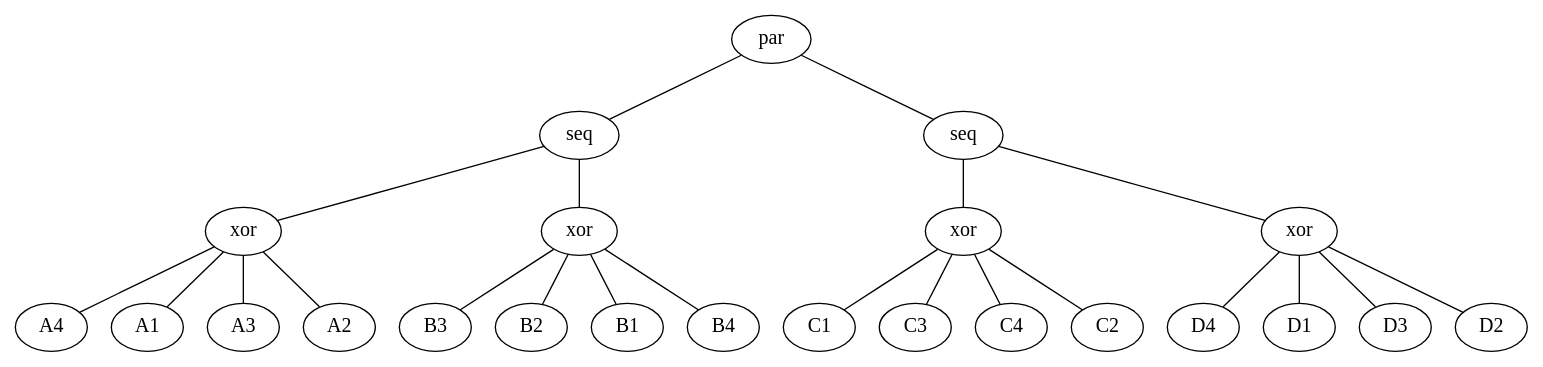
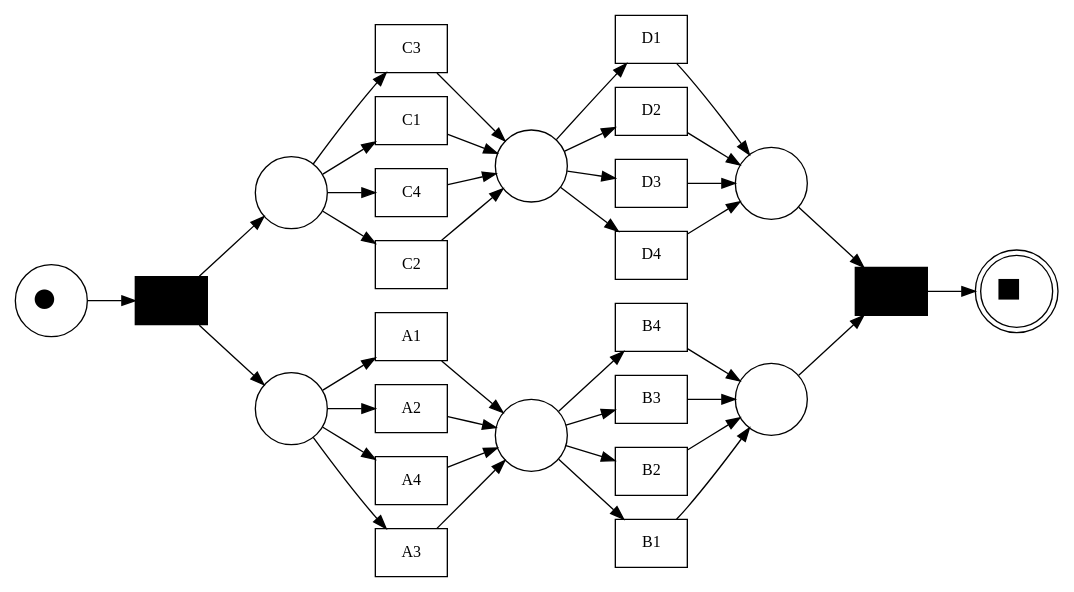
One commit to tomyaacov/process_mining changed the diagram in AD14_models/AD14_model_letter_converted.dot. Above: the diagram before and after it, drawn with Graphviz. The commit also changed 3 other files, not shown here.

```diff
--- a/AD14_models/AD14_model_letter_converted.dot
+++ b/AD14_models/AD14_model_letter_converted.dot
@@ -1,51 +1,69 @@
-graph pt {
-	graph [bgcolor=white]
-	node [fixedsize=false shape=ellipse]
-	5103901072 [label=par color=black fontcolor=black fontsize=15]
-	5103962192 [label=seq color=black fontcolor=black fontsize=15]
-	5103790672 [label=xor color=black fontcolor=black fontsize=15]
-	5103791184 [label=A4 color=black fontcolor=black fontsize=15]
-	5103790672 -- 5103791184 [dirType=none]
-	5103791888 [label=A1 color=black fontcolor=black fontsize=15]
-	5103790672 -- 5103791888 [dirType=none]
-	5103790928 [label=A3 color=black fontcolor=black fontsize=15]
-	5103790672 -- 5103790928 [dirType=none]
-	5103789968 [label=A2 color=black fontcolor=black fontsize=15]
-	5103790672 -- 5103789968 [dirType=none]
-	5103962192 -- 5103790672 [dirType=none]
-	5103789200 [label=xor color=black fontcolor=black fontsize=15]
-	5103789392 [label=B3 color=black fontcolor=black fontsize=15]
-	5103789200 -- 5103789392 [dirType=none]
-	5103790544 [label=B2 color=black fontcolor=black fontsize=15]
-	5103789200 -- 5103790544 [dirType=none]
-	5103790288 [label=B1 color=black fontcolor=black fontsize=15]
-	5103789200 -- 5103790288 [dirType=none]
-	5103789648 [label=B4 color=black fontcolor=black fontsize=15]
-	5103789200 -- 5103789648 [dirType=none]
-	5103962192 -- 5103789200 [dirType=none]
-	5103901072 -- 5103962192 [dirType=none]
-	5103962064 [label=seq color=black fontcolor=black fontsize=15]
-	5103789776 [label=xor color=black fontcolor=black fontsize=15]
-	5103789136 [label=C1 color=black fontcolor=black fontsize=15]
-	5103789776 -- 5103789136 [dirType=none]
-	5104565904 [label=C3 color=black fontcolor=black fontsize=15]
-	5103789776 -- 5104565904 [dirType=none]
-	5104566160 [label=C4 color=black fontcolor=black fontsize=15]
-	5103789776 -- 5104566160 [dirType=none]
-	5104565520 [label=C2 color=black fontcolor=black fontsize=15]
-	5103789776 -- 5104565520 [dirType=none]
-	5103962064 -- 5103789776 [dirType=none]
-	5103788752 [label=xor color=black fontcolor=black fontsize=15]
-	5104759248 [label=D4 color=black fontcolor=black fontsize=15]
-	5103788752 -- 5104759248 [dirType=none]
-	5104565392 [label=D1 color=black fontcolor=black fontsize=15]
-	5103788752 -- 5104565392 [dirType=none]
-	5104759504 [label=D3 color=black fontcolor=black fontsize=15]
-	5103788752 -- 5104759504 [dirType=none]
-	5104565136 [label=D2 color=black fontcolor=black fontsize=15]
-	5103788752 -- 5104565136 [dirType=none]
-	5103962064 -- 5103788752 [dirType=none]
-	5103901072 -- 5103962064 [dirType=none]
+digraph "imported_1671896171.137661" {
+	graph [bgcolor=white rankdir=LR]
+	node [shape=box]
+	5095782928 [label=B4 fontsize=12]
+	5095781968 [label=D1 fontsize=12]
+	5095782736 [label=B3 fontsize=12]
+	5095782160 [label=D2 fontsize=12]
+	5095782352 [label=D3 fontsize=12]
+	5095758992 [label=A1 fontsize=12]
+	5095759376 [label=B2 fontsize=12]
+	5095759184 [label=A2 fontsize=12]
+	5095759760 [label=A4 fontsize=12]
+	5095759568 [label=A3 fontsize=12]
+	5095780496 [label=B1 fontsize=12]
+	5095780816 [label="" fillcolor=black fontsize=12 style=filled]
+	5095781008 [label=C3 fontsize=12]
+	5095781200 [label=C1 fontsize=12]
+	5095781392 [label=C4 fontsize=12]
+	5095781584 [label=C2 fontsize=12]
+	5095782544 [label=D4 fontsize=12]
+	5095780752 [label="" fillcolor=black fontsize=12 style=filled]
+	5095757712 [label=<&#9679;> fixedsize=true fontsize=34 shape=circle width=0.75]
+	5095758800 [label="" fixedsize=true shape=circle width=0.75]
+	5095757328 [label="" fixedsize=true shape=circle width=0.75]
+	5095758096 [label="" fixedsize=true shape=circle width=0.75]
+	5095758224 [label="" fixedsize=true shape=circle width=0.75]
+	5095758416 [label="" fixedsize=true shape=circle width=0.75]
+	5095758608 [label="" fixedsize=true shape=circle width=0.75]
+	5095757776 [label=<&#9632;> fixedsize=true fontsize=32 shape=doublecircle width=0.75]
+	5095758992 -> 5095758800 [arrowhead=normal fontsize=12]
+	5095759184 -> 5095758800 [arrowhead=normal fontsize=12]
+	5095759568 -> 5095758800 [arrowhead=normal fontsize=12]
+	5095759760 -> 5095758800 [arrowhead=normal fontsize=12]
+	5095780496 -> 5095758608 [arrowhead=normal fontsize=12]
+	5095759376 -> 5095758608 [arrowhead=normal fontsize=12]
+	5095782736 -> 5095758608 [arrowhead=normal fontsize=12]
+	5095782928 -> 5095758608 [arrowhead=normal fontsize=12]
+	5095781200 -> 5095758224 [arrowhead=normal fontsize=12]
+	5095781584 -> 5095758224 [arrowhead=normal fontsize=12]
+	5095781008 -> 5095758224 [arrowhead=normal fontsize=12]
+	5095781392 -> 5095758224 [arrowhead=normal fontsize=12]
+	5095781968 -> 5095758096 [arrowhead=normal fontsize=12]
+	5095782160 -> 5095758096 [arrowhead=normal fontsize=12]
+	5095782352 -> 5095758096 [arrowhead=normal fontsize=12]
+	5095782544 -> 5095758096 [arrowhead=normal fontsize=12]
+	5095758800 -> 5095780496 [arrowhead=normal fontsize=12]
+	5095758800 -> 5095759376 [arrowhead=normal fontsize=12]
+	5095758800 -> 5095782736 [arrowhead=normal fontsize=12]
+	5095758800 -> 5095782928 [arrowhead=normal fontsize=12]
+	5095757328 -> 5095781200 [arrowhead=normal fontsize=12]
+	5095757328 -> 5095781584 [arrowhead=normal fontsize=12]
+	5095757328 -> 5095781008 [arrowhead=normal fontsize=12]
+	5095757328 -> 5095781392 [arrowhead=normal fontsize=12]
+	5095758096 -> 5095780752 [arrowhead=normal fontsize=12]
+	5095758224 -> 5095781968 [arrowhead=normal fontsize=12]
+	5095758224 -> 5095782160 [arrowhead=normal fontsize=12]
+	5095758224 -> 5095782352 [arrowhead=normal fontsize=12]
+	5095758224 -> 5095782544 [arrowhead=normal fontsize=12]
+	5095758416 -> 5095758992 [arrowhead=normal fontsize=12]
+	5095758416 -> 5095759184 [arrowhead=normal fontsize=12]
+	5095758416 -> 5095759568 [arrowhead=normal fontsize=12]
+	5095758416 -> 5095759760 [arrowhead=normal fontsize=12]
+	5095758608 -> 5095780752 [arrowhead=normal fontsize=12]
+	5095757712 -> 5095780816 [arrowhead=normal fontsize=12]
+	5095780752 -> 5095757776 [arrowhead=normal fontsize=12]
+	5095780816 -> 5095757328 [arrowhead=normal fontsize=12]
+	5095780816 -> 5095758416 [arrowhead=normal fontsize=12]
 	overlap=false
-	splines=false
 }
```
